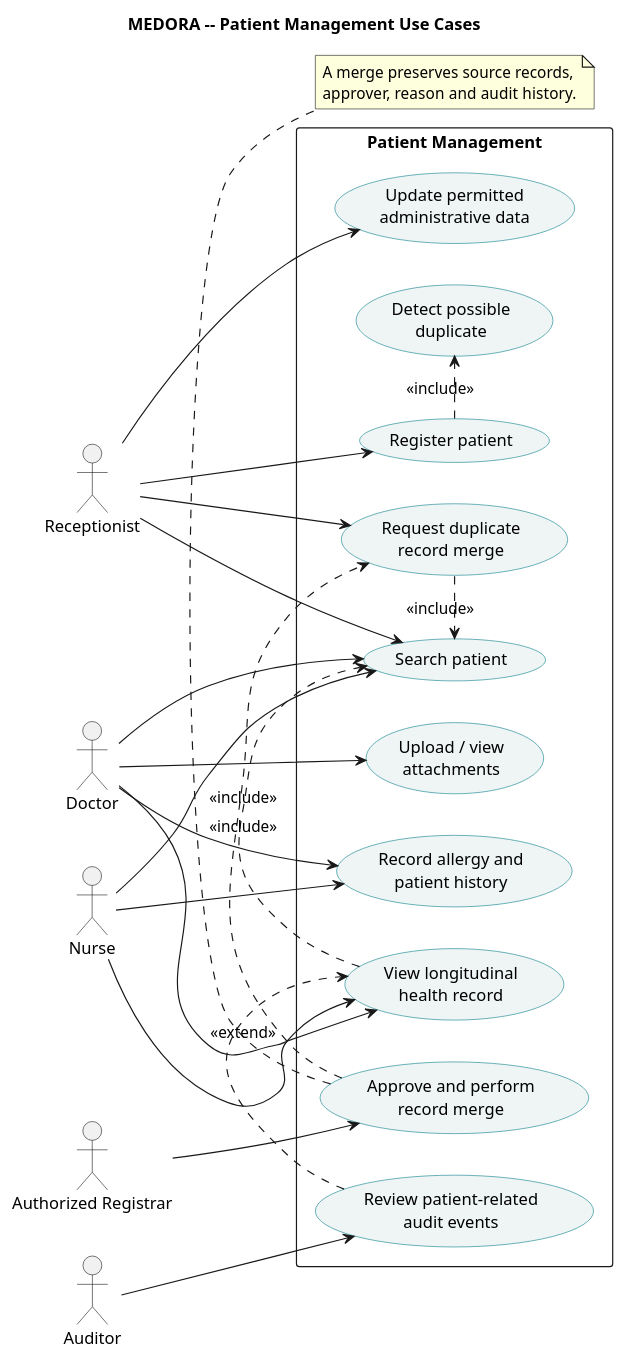
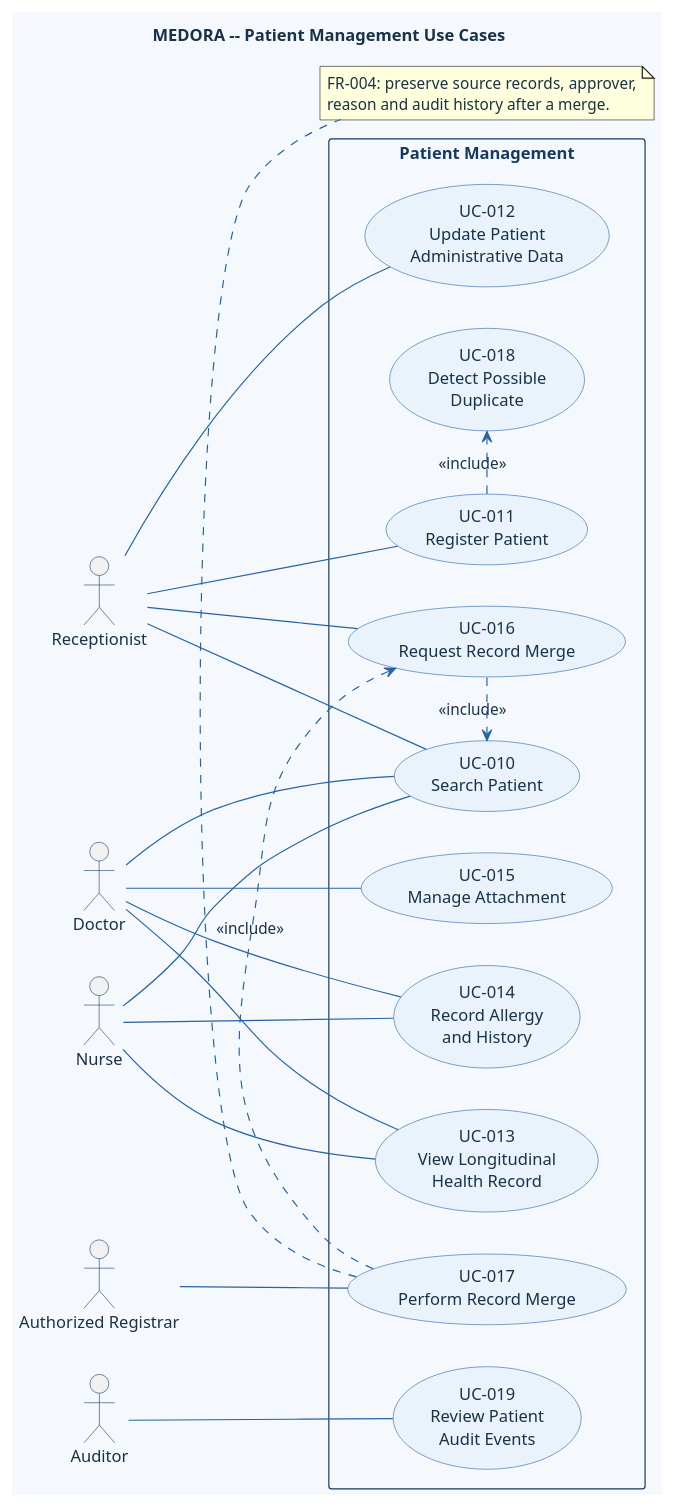
The diagram in doc/asset/03-system-requirements/use-case-by-function/patient-management/uml_code/patient-management.puml (DucDung-1107/SysDes_2026.1_Group_08), drawn with PlantUML before and after one commit. The commit also changed 32 other files, not shown here.

```diff
--- a/doc/asset/03-system-requirements/use-case-by-function/patient-management/uml_code/patient-management.puml
+++ b/doc/asset/03-system-requirements/use-case-by-function/patient-management/uml_code/patient-management.puml
@@ -1,54 +1,59 @@
 @startuml
 title MEDORA -- Patient Management Use Cases
 left to right direction
 skinparam shadowing false
-skinparam packageStyle rectangle
-skinparam usecase {
-  BackgroundColor #EEF5F4
-  BorderColor #087E8B
-}
+skinparam defaultFontName Arial
+skinparam defaultFontColor #183247
+skinparam backgroundColor #F5F9FE
+skinparam ArrowColor #2563A6
+skinparam UsecaseBackgroundColor #EAF3FB
+skinparam UsecaseBorderColor #2563A6
+skinparam UsecaseFontColor #183247
+skinparam ActorBorderColor #163A5F
+skinparam ActorFontColor #183247
+skinparam RectangleBackgroundColor #F5F9FE
+skinparam RectangleBorderColor #163A5F
+skinparam RectangleFontColor #163A5F
 
 actor Receptionist as reception
 actor Nurse as nurse
 actor Doctor as doctor
 actor "Authorized Registrar" as registrar
 actor Auditor as auditor
 
 rectangle "Patient Management" {
-  usecase "Search patient" as search
-  usecase "Register patient" as register
-  usecase "Detect possible\nduplicate" as duplicate
-  usecase "View longitudinal\nhealth record" as timeline
-  usecase "Update permitted\nadministrative data" as update
-  usecase "Record allergy and\npatient history" as history
-  usecase "Upload / view\nattachments" as attachment
-  usecase "Request duplicate\nrecord merge" as mergeRequest
-  usecase "Approve and perform\nrecord merge" as merge
-  usecase "Review patient-related\naudit events" as audit
+  usecase "UC-010\nSearch Patient" as search
+  usecase "UC-011\nRegister Patient" as register
+  usecase "UC-012\nUpdate Patient\nAdministrative Data" as update
+  usecase "UC-013\nView Longitudinal\nHealth Record" as timeline
+  usecase "UC-014\nRecord Allergy\nand History" as history
+  usecase "UC-015\nManage Attachment" as attachment
+  usecase "UC-016\nRequest Record Merge" as mergeRequest
+  usecase "UC-017\nPerform Record Merge" as merge
+  usecase "UC-018\nDetect Possible\nDuplicate" as duplicate
+  usecase "UC-019\nReview Patient\nAudit Events" as audit
 }
 
-reception --> search
-reception --> register
-reception --> update
-reception --> mergeRequest
-nurse --> search
-nurse --> timeline
-nurse --> history
-doctor --> search
-doctor --> timeline
-doctor --> history
-doctor --> attachment
-registrar --> merge
-auditor --> audit
+reception -- search
+reception -- register
+reception -- update
+reception -- mergeRequest
+nurse -- search
+nurse -- timeline
+nurse -- history
+doctor -- search
+doctor -- timeline
+doctor -- history
+doctor -- attachment
+registrar -- merge
+auditor -- audit
 
 register .> duplicate : <<include>>
 mergeRequest .> search : <<include>>
 merge .> mergeRequest : <<include>>
-timeline .> search : <<include>>
-audit .> timeline : <<extend>>
 
 note bottom of merge
-  A merge preserves source records,
-  approver, reason and audit history.
+  FR-004: preserve source records, approver,
+  reason and audit history after a merge.
 end note
 @enduml
```
